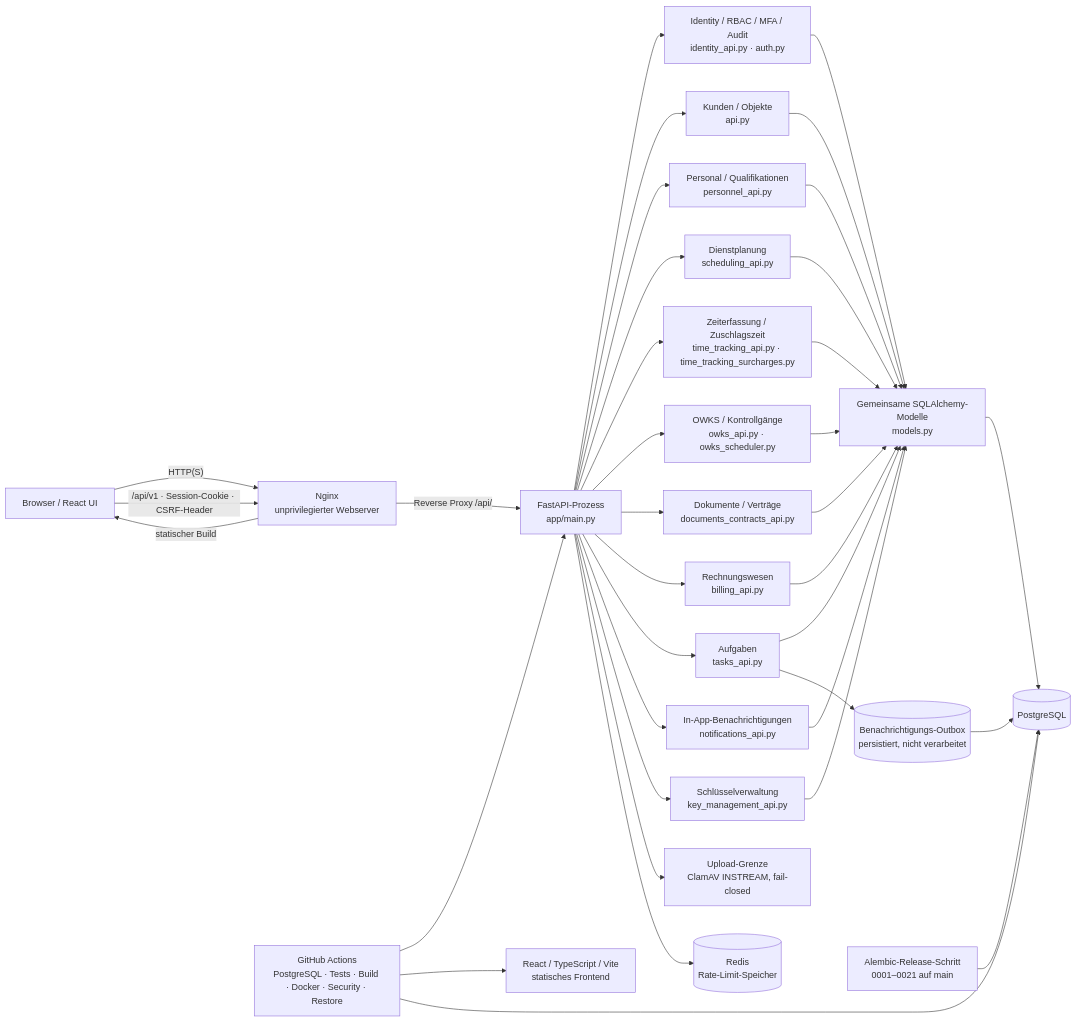
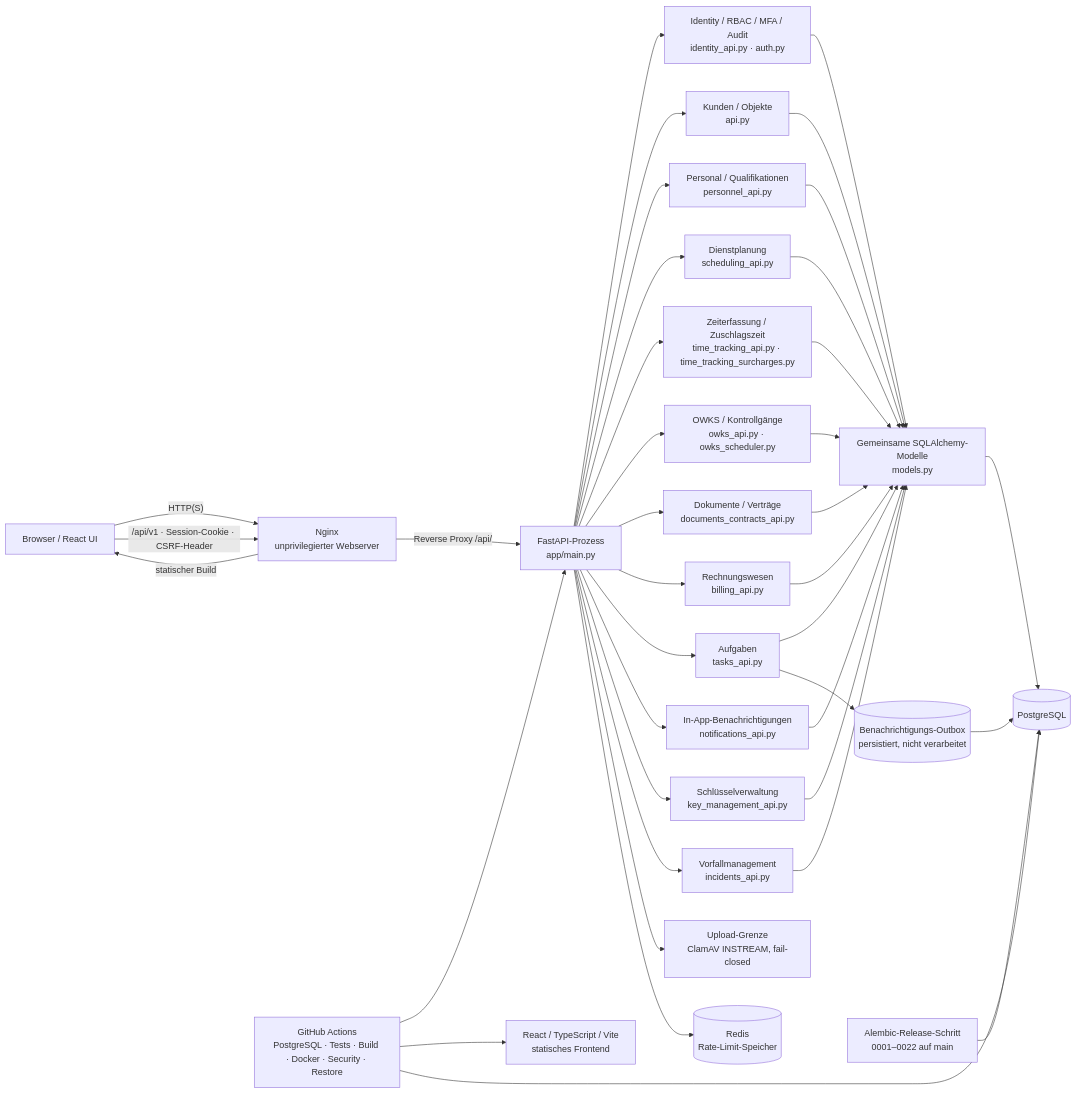
One commit to Debugger-alex/securityops-python changed the diagram in docs/ARCHITECTURE.md. Above: the diagram before and after it, drawn with Mermaid. The commit also changed other lines of this file and 10 other files, not shown here.

````diff
--- a/docs/ARCHITECTURE.md
+++ b/docs/ARCHITECTURE.md
@@ -7,60 +7,63 @@
 ```mermaid
 flowchart LR
     Browser["Browser / React UI"]
     UI["React / TypeScript / Vite<br/>statisches Frontend"]
     Web["Nginx<br/>unprivilegierter Webserver"]
     API["FastAPI-Prozess<br/>app/main.py"]
     Identity["Identity / RBAC / MFA / Audit<br/>identity_api.py · auth.py"]
     Customer["Kunden / Objekte<br/>api.py"]
     People["Personal / Qualifikationen<br/>personnel_api.py"]
     Scheduling["Dienstplanung<br/>scheduling_api.py"]
     Time["Zeiterfassung / Zuschlagszeit<br/>time_tracking_api.py · time_tracking_surcharges.py"]
     OWKS["OWKS / Kontrollgänge<br/>owks_api.py · owks_scheduler.py"]
     Docs["Dokumente / Verträge<br/>documents_contracts_api.py"]
     Billing["Rechnungswesen<br/>billing_api.py"]
     Tasks["Aufgaben<br/>tasks_api.py"]
     Notifications["In-App-Benachrichtigungen<br/>notifications_api.py"]
     Keys["Schlüsselverwaltung<br/>key_management_api.py"]
+    Incidents["Vorfallmanagement<br/>incidents_api.py"]
     Outbox[("Benachrichtigungs-Outbox<br/>persistiert, nicht verarbeitet")]
     Scanner["Upload-Grenze<br/>ClamAV INSTREAM, fail-closed"]
     Models["Gemeinsame SQLAlchemy-Modelle<br/>models.py"]
     DB[("PostgreSQL")]
     Redis[("Redis<br/>Rate-Limit-Speicher")]
-    Migrations["Alembic-Release-Schritt<br/>0001–0021 auf main"]
+    Migrations["Alembic-Release-Schritt<br/>0001–0022 auf main"]
     CI["GitHub Actions<br/>PostgreSQL · Tests · Build · Docker · Security · Restore"]
     Browser -->|"HTTP(S)"| Web
     Web -->|"statischer Build"| Browser
     Browser -->|"/api/v1 · Session-Cookie · CSRF-Header"| Web
     Web -->|"Reverse Proxy /api/"| API
     API --> Identity
     API --> Customer
     API --> People
     API --> Scheduling
     API --> Time
     API --> OWKS
     API --> Docs
     API --> Billing
     API --> Tasks
     API --> Notifications
     API --> Keys
+    API --> Incidents
     API --> Scanner
     Identity --> Models
     Customer --> Models
     People --> Models
     Scheduling --> Models
     Time --> Models
     OWKS --> Models
     Docs --> Models
     Billing --> Models
     Tasks --> Models
     Notifications --> Models
     Keys --> Models
+    Incidents --> Models
     Tasks --> Outbox
     Outbox --> DB
     Models --> DB
     API --> Redis
     Migrations --> DB
     CI --> API
     CI --> UI
     CI --> DB
 ```
````
